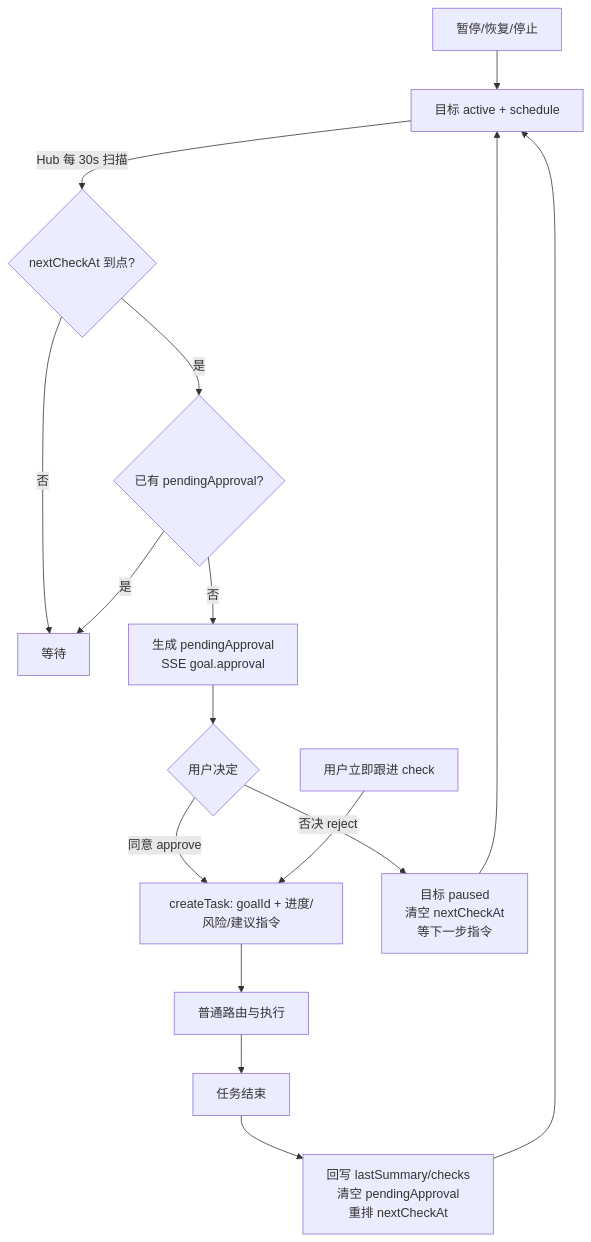
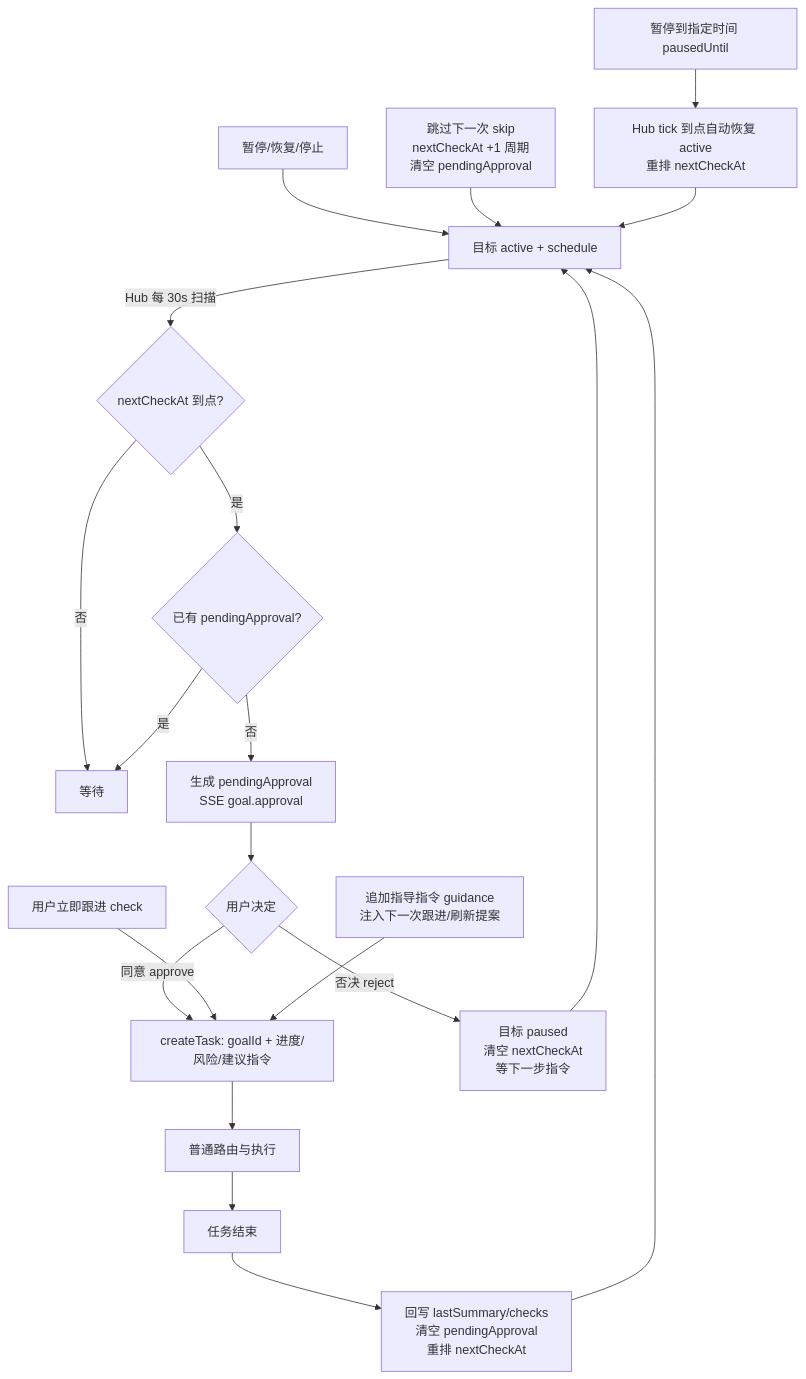
The fourth of 4 diagrams in docs/ARCHITECTURE.md (andrewngg/dsh-superagent-battlestar), drawn with Mermaid before and after one commit. The commit also changed other lines of this file and 64 other files, not shown here.

````diff
--- a/docs/ARCHITECTURE.md
+++ b/docs/ARCHITECTURE.md
@@ -152,18 +161,21 @@
 ```mermaid
 flowchart TD
   G[目标 active + schedule] -->|Hub 每 30s 扫描| D{nextCheckAt 到点?}
   D -->|否| W[等待]
   D -->|是| P{已有 pendingApproval?}
   P -->|是| W
   P -->|否| A[生成 pendingApproval<br/>SSE goal.approval]
   A --> Q{用户决定}
   Q -->|同意 approve| T[createTask: goalId + 进度/风险/建议指令]
   Q -->|否决 reject| Z[目标 paused<br/>清空 nextCheckAt<br/>等下一步指令]
   Z --> G
   T --> H[普通路由与执行]
   H --> F[任务结束]
   F --> S[回写 lastSummary/checks<br/>清空 pendingApproval<br/>重排 nextCheckAt]
   S --> G
   U[用户立即跟进 check] --> T
   U2[暂停/恢复/停止] --> G
+  SK[跳过下一次 skip<br/>nextCheckAt +1 周期<br/>清空 pendingApproval] --> G
+  GD[追加指导指令 guidance<br/>注入下一次跟进/刷新提案] --> T
+  PZ[暂停到指定时间 pausedUntil] --> R[Hub tick 到点自动恢复 active<br/>重排 nextCheckAt] --> G
 ```
````
